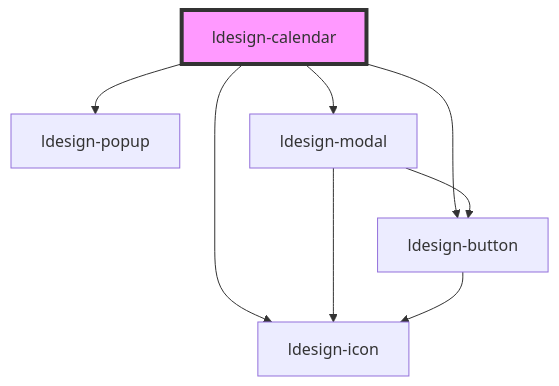
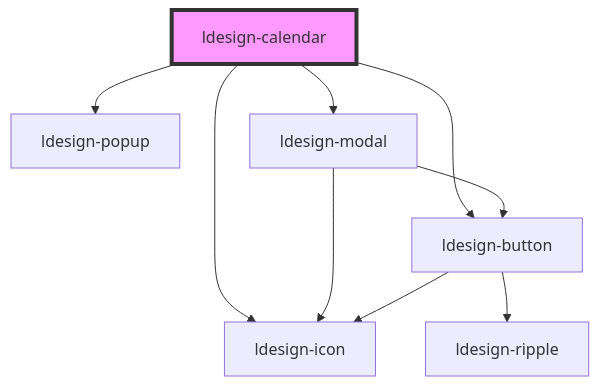
One commit to poly1603/ldesign changed the diagram in packages/webcomponent/src/components/calendar/readme.md. Above: the diagram before and after it, drawn with Mermaid. The commit also changed 24 other files, not shown here.

````diff
--- a/packages/webcomponent/src/components/calendar/readme.md
+++ b/packages/webcomponent/src/components/calendar/readme.md
@@ -67,11 +67,12 @@
 ```mermaid
 graph TD;
   ldesign-calendar --> ldesign-icon
   ldesign-calendar --> ldesign-popup
   ldesign-calendar --> ldesign-modal
   ldesign-calendar --> ldesign-button
   ldesign-modal --> ldesign-button
   ldesign-modal --> ldesign-icon
   ldesign-button --> ldesign-icon
+  ldesign-button --> ldesign-ripple
   style ldesign-calendar fill:#f9f,stroke:#333,stroke-width:4px
 ```
````
